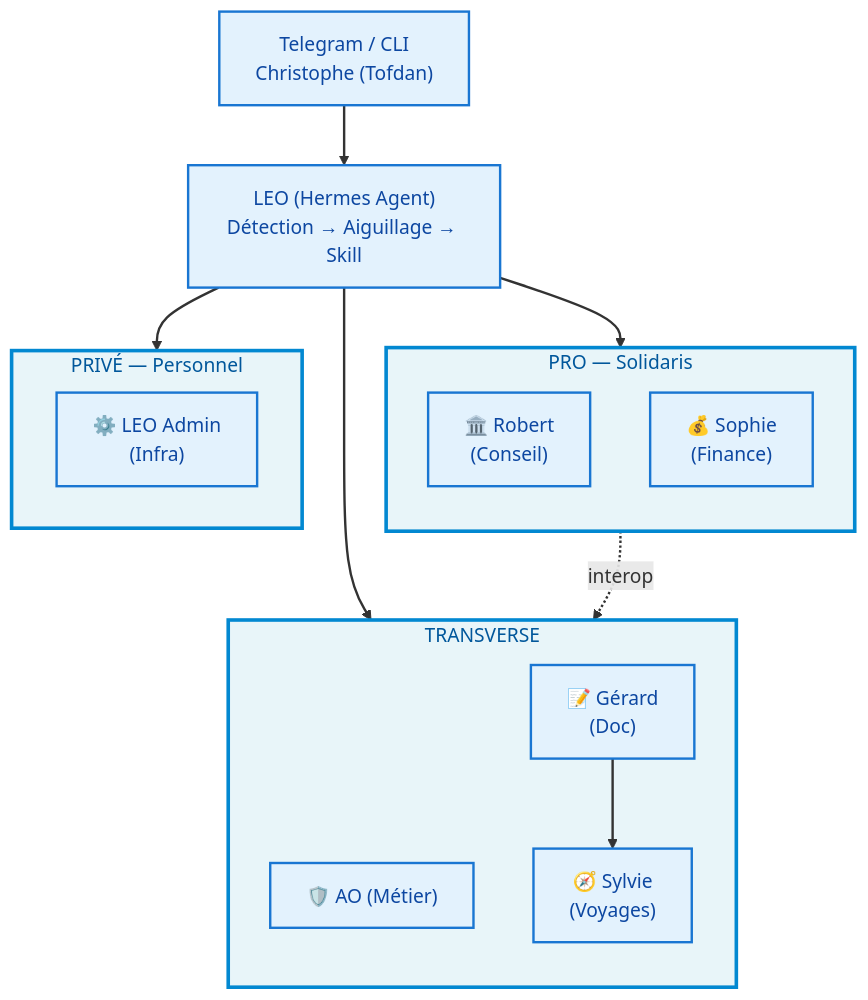
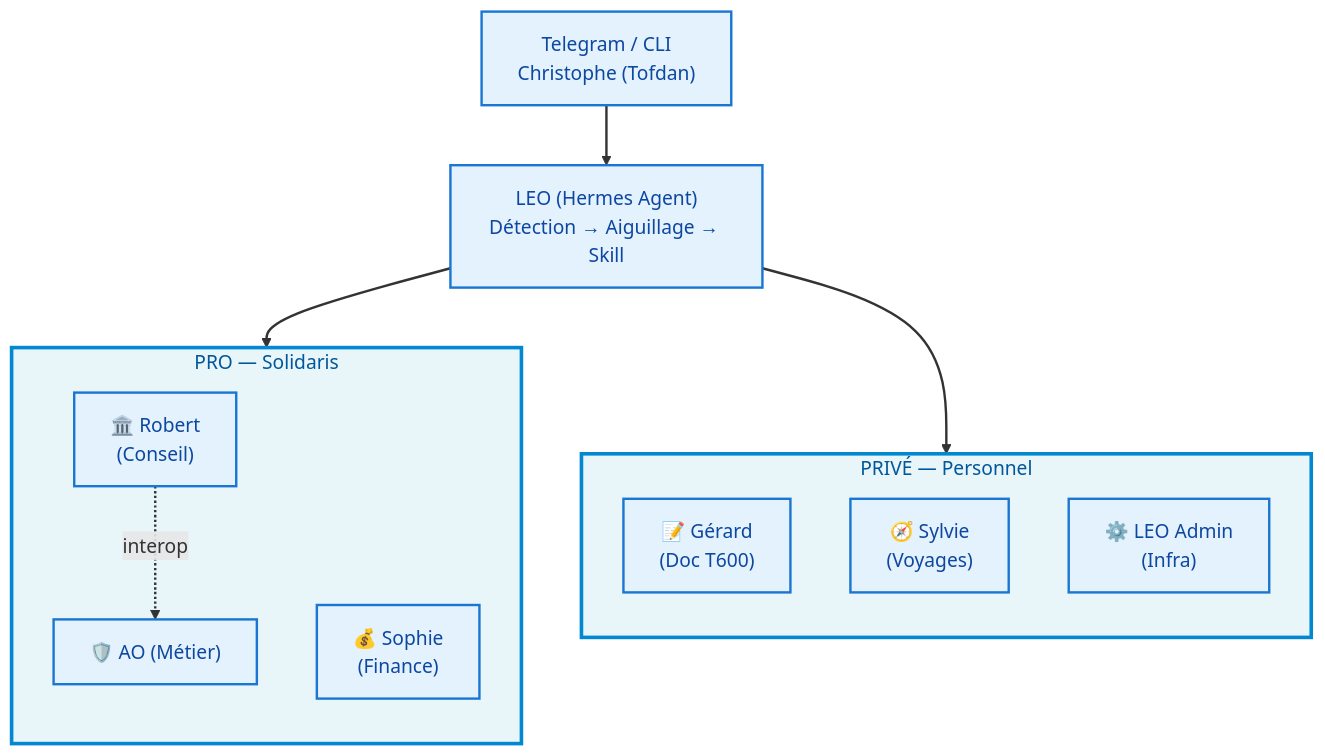
One commit to christophedanhier-hash/BAVI_LEO changed the first of 3 diagrams in docs/wiki/architecture.md. Above: the diagram before and after it, drawn with Mermaid. The commit also changed 8 other files, not shown here.

Commit message:
🧹 Skills Gérard déplacés sous skills/bavi-leo/gerard/ + correction diagramme (PRIVÉ)

````diff
--- a/docs/wiki/architecture.md
+++ b/docs/wiki/architecture.md
@@ -9,43 +9,37 @@
 ```mermaid
 flowchart TD
     Telegram["Telegram / CLI<br/>Christophe (Tofdan)"]
     LEO["LEO (Hermes Agent)<br/>Détection → Aiguillage → Skill"]
 
     Telegram --> LEO
     LEO --> PRO_GRP
-    LEO --> TRANSVERSE_GRP
     LEO --> PRIVE_GRP
 
     subgraph PRO_GRP["PRO — Solidaris"]
         direction TB
         Robert["🏛️ Robert<br/>(Conseil)"]
         Sophie["💰 Sophie<br/>(Finance)"]
-    end
-
-    subgraph TRANSVERSE_GRP["TRANSVERSE"]
-        direction TB
         AO["🛡️ AO (Métier)"]
-        Gerard["📝 Gérard<br/>(Doc)"]
-        Sylvie["🧭 Sylvie<br/>(Voyages)"]
-        Gerard --> Sylvie
     end
 
     subgraph PRIVE_GRP["PRIVÉ — Personnel"]
+        direction TB
+        Gerard["📝 Gérard<br/>(Doc T600)"]
+        Sylvie["🧭 Sylvie<br/>(Voyages)"]
         Admin["⚙️ LEO Admin<br/>(Infra)"]
     end
 
     Robert -.->|interop| AO
 
     style Telegram fill:#e3f2fd,stroke:#1976d2,stroke-width:2px,color:#0d47a1
     style LEO fill:#e3f2fd,stroke:#1976d2,stroke-width:2px,color:#0d47a1
     style Robert fill:#e3f2fd,stroke:#1976d2,stroke-width:2px,color:#0d47a1
     style Sophie fill:#e3f2fd,stroke:#1976d2,stroke-width:2px,color:#0d47a1
     style AO fill:#e3f2fd,stroke:#1976d2,stroke-width:2px,color:#0d47a1
     style Gerard fill:#e3f2fd,stroke:#1976d2,stroke-width:2px,color:#0d47a1
     style Sylvie fill:#e3f2fd,stroke:#1976d2,stroke-width:2px,color:#0d47a1
     style Admin fill:#e3f2fd,stroke:#1976d2,stroke-width:2px,color:#0d47a1
     style PRO_GRP fill:#e8f5f9,stroke:#0288d1,stroke-width:3px,color:#01579b
-    style TRANSVERSE_GRP fill:#e8f5f9,stroke:#0288d1,stroke-width:3px,color:#01579b
     style PRIVE_GRP fill:#e8f5f9,stroke:#0288d1,stroke-width:3px,color:#01579b
     linkStyle default stroke-width:2px,fill:none
 ```
````
